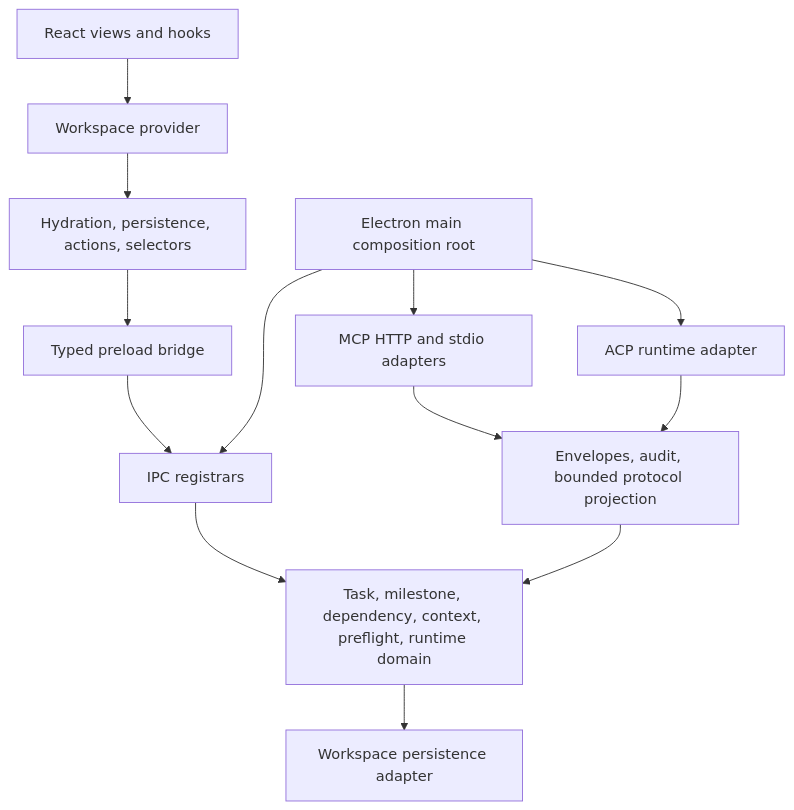
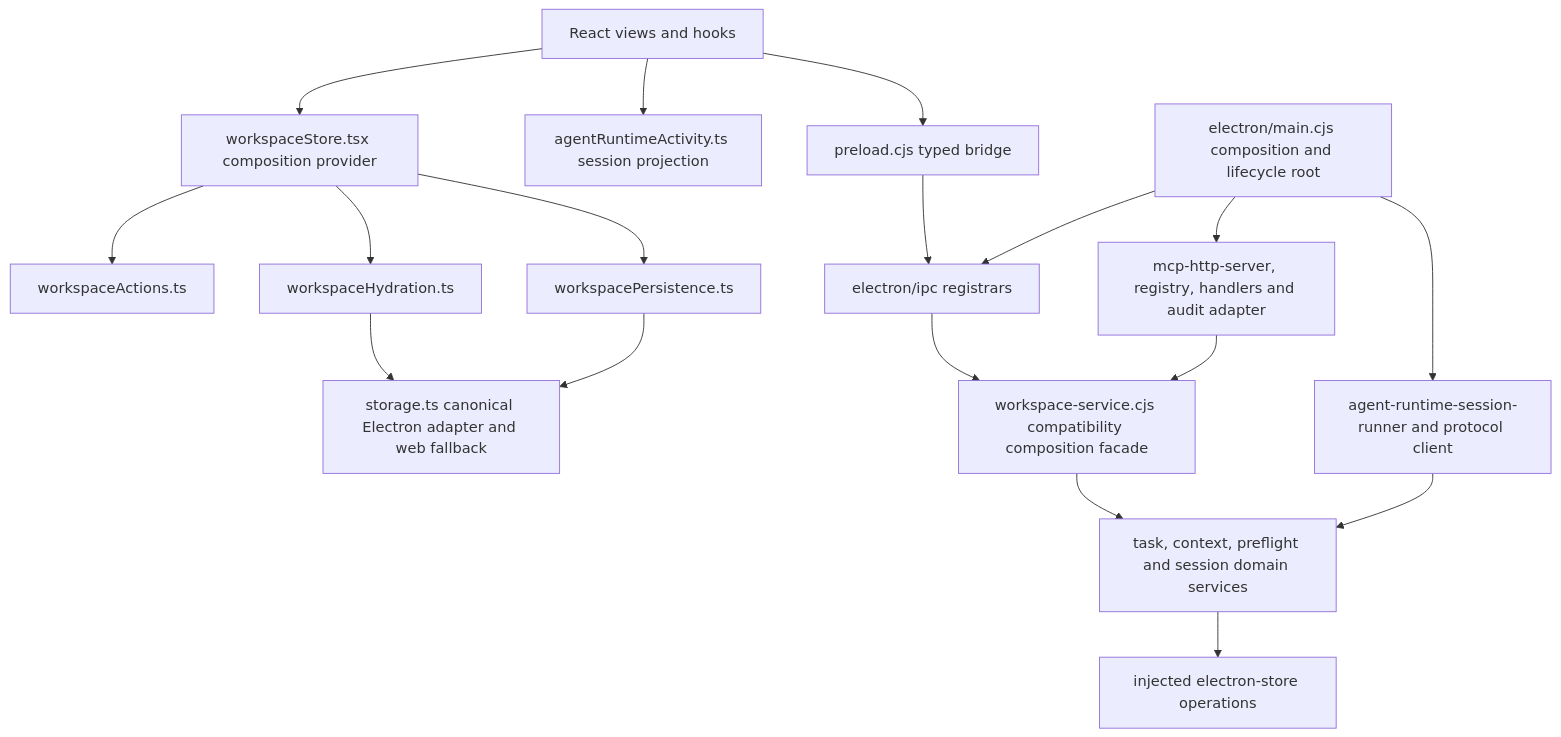
The diagram in docs/architecture/post-acp-consolidation-audit-and-execution-record.md (lorddarq/Plumy), drawn with Mermaid before and after one commit. The commit also changed other lines of this file and 3 other files, not shown here.

````diff
--- a/docs/architecture/post-acp-consolidation-audit-and-execution-record.md
+++ b/docs/architecture/post-acp-consolidation-audit-and-execution-record.md
@@ -55,15 +17,20 @@
 ```mermaid
 flowchart TD
-  Views["React views and hooks"] --> Provider["Workspace provider"]
-  Provider --> Renderer["Hydration, persistence, actions, selectors"]
-  Renderer --> Preload["Typed preload bridge"]
-  Preload --> IPC["IPC registrars"]
-  MCP["MCP HTTP and stdio adapters"] --> Shared["Envelopes, audit, bounded protocol projection"]
-  ACP["ACP runtime adapter"] --> Shared
-  Shared --> Domain["Task, milestone, dependency, context, preflight, runtime domain"]
-  IPC --> Domain
-  Main["Electron main composition root"] --> IPC
-  Main --> MCP
-  Main --> ACP
-  Domain --> Persistence["Workspace persistence adapter"]
+  Views["React views and hooks"] --> Store["workspaceStore.tsx composition provider"]
+  Views --> Projection["agentRuntimeActivity.ts session projection"]
+  Store --> Actions["workspaceActions.ts"]
+  Store --> Hydration["workspaceHydration.ts"]
+  Store --> Persistence["workspacePersistence.ts"]
+  Persistence --> Storage["storage.ts canonical Electron adapter and web fallback"]
+  Hydration --> Storage
+  Views --> Preload["preload.cjs typed bridge"]
+  Preload --> IPC["electron/ipc registrars"]
+  Main["electron/main.cjs composition and lifecycle root"] --> IPC
+  Main --> MCP["mcp-http-server, registry, handlers and audit adapter"]
+  Main --> ACP["agent-runtime-session-runner and protocol client"]
+  IPC --> Facade["workspace-service.cjs compatibility composition facade"]
+  MCP --> Facade
+  ACP --> Domain["task, context, preflight and session domain services"]
+  Facade --> Domain
+  Domain --> StoreAdapter["injected electron-store operations"]
 ```
````
